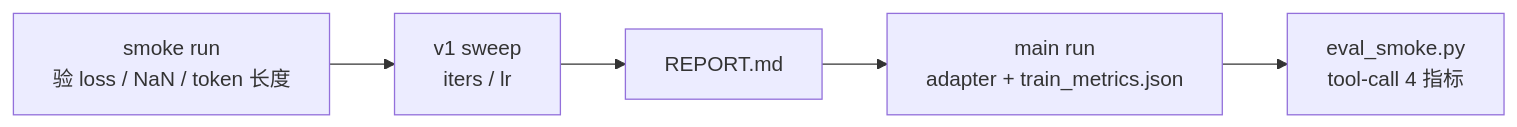
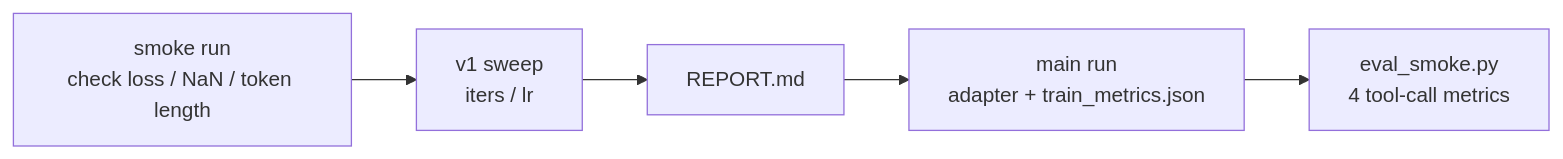
One commit to AndyUneducated/alchemy changed the diagram in play/agent_sft/train/README.md. Above: the diagram before and after it, drawn with Mermaid. The commit also changed other lines of this file and 197 other files, not shown here.

````diff
--- a/play/agent_sft/train/README.md
+++ b/play/agent_sft/train/README.md
@@ -15,7 +15,7 @@
 ```mermaid
 flowchart LR
-    smoke["smoke run<br/>验 loss / NaN / token 长度"] --> sweep["v1 sweep<br/>iters / lr"]
+    smoke["smoke run<br/>check loss / NaN / token length"] --> sweep["v1 sweep<br/>iters / lr"]
     sweep --> report["REPORT.md"]
     report --> main["main run<br/>adapter + train_metrics.json"]
-    main --> eval["eval_smoke.py<br/>tool-call 4 指标"]
+    main --> eval["eval_smoke.py<br/>4 tool-call metrics"]
 ```
````
